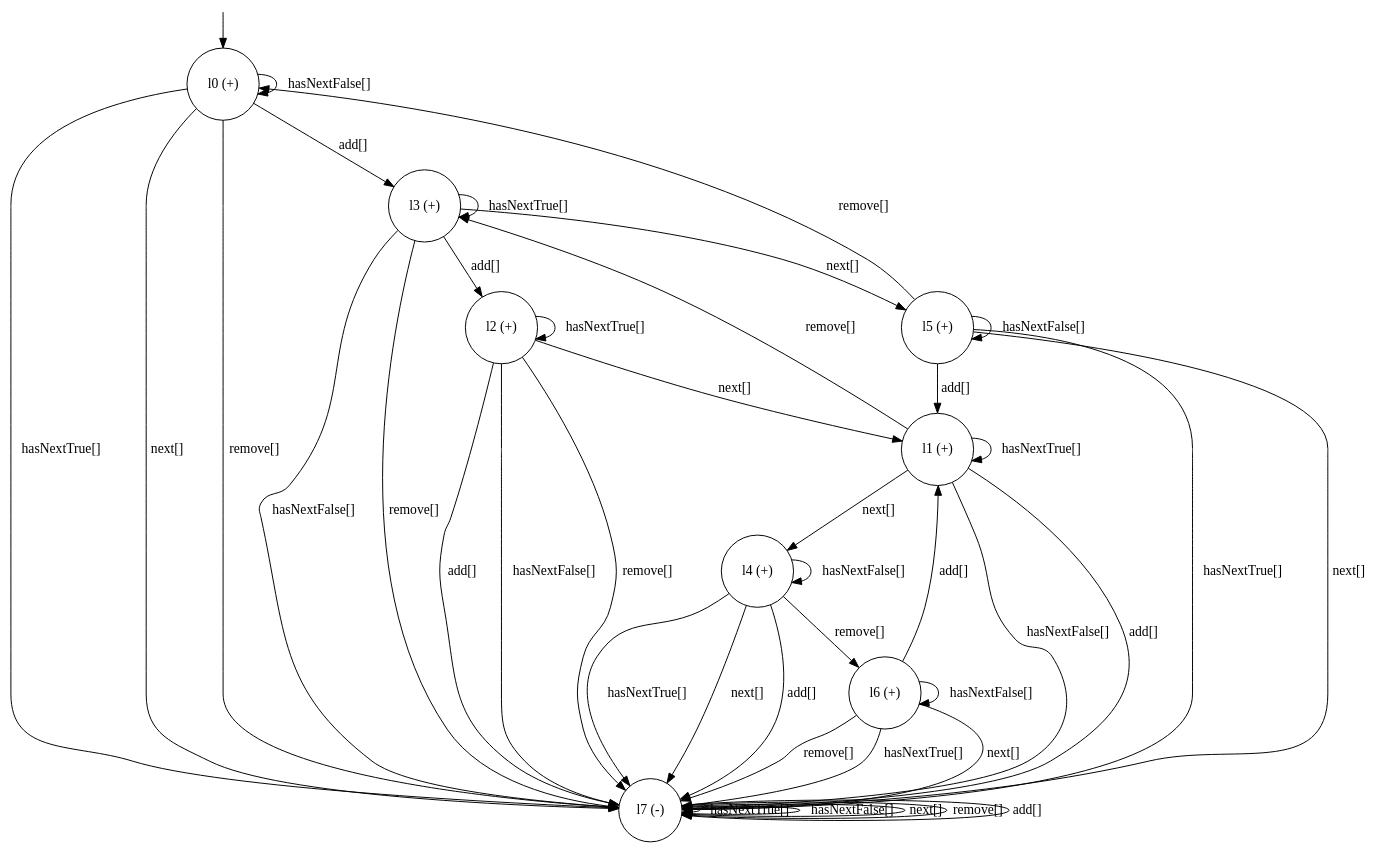
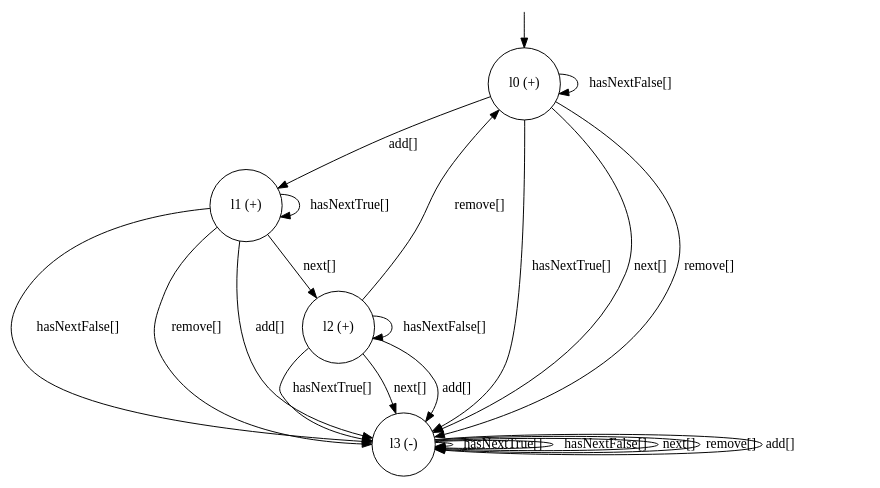
Before and after one commit to rasofema/fyp-specification-miner: the diagram in ralearn.dot, drawn with Graphviz. The commit also changed 8 other files, not shown here.

```diff
--- a/ralearn.dot
+++ b/ralearn.dot
@@ -1,55 +1,31 @@
 digraph g {
 
 	s0 [shape="circle" label="l0 (+)"];
 	s1 [shape="circle" label="l1 (+)"];
 	s2 [shape="circle" label="l2 (+)"];
-	s3 [shape="circle" label="l3 (+)"];
-	s4 [shape="circle" label="l4 (+)"];
-	s5 [shape="circle" label="l5 (+)"];
-	s6 [shape="circle" label="l6 (+)"];
-	s7 [shape="circle" label="l7 (-)"];
-	s0 -> s7 [label="hasNextTrue[]"];
+	s3 [shape="circle" label="l3 (-)"];
+	s0 -> s3 [label="hasNextTrue[]"];
 	s0 -> s0 [label="hasNextFalse[]"];
-	s0 -> s7 [label="next[]"];
-	s0 -> s7 [label="remove[]"];
-	s0 -> s3 [label="add[]"];
+	s0 -> s3 [label="next[]"];
+	s0 -> s3 [label="remove[]"];
+	s0 -> s1 [label="add[]"];
 	s1 -> s1 [label="hasNextTrue[]"];
-	s1 -> s7 [label="hasNextFalse[]"];
-	s1 -> s4 [label="next[]"];
+	s1 -> s3 [label="hasNextFalse[]"];
+	s1 -> s2 [label="next[]"];
 	s1 -> s3 [label="remove[]"];
-	s1 -> s7 [label="add[]"];
-	s2 -> s2 [label="hasNextTrue[]"];
-	s2 -> s7 [label="hasNextFalse[]"];
-	s2 -> s1 [label="next[]"];
-	s2 -> s7 [label="remove[]"];
-	s2 -> s7 [label="add[]"];
+	s1 -> s3 [label="add[]"];
+	s2 -> s3 [label="hasNextTrue[]"];
+	s2 -> s2 [label="hasNextFalse[]"];
+	s2 -> s3 [label="next[]"];
+	s2 -> s0 [label="remove[]"];
+	s2 -> s3 [label="add[]"];
 	s3 -> s3 [label="hasNextTrue[]"];
-	s3 -> s7 [label="hasNextFalse[]"];
-	s3 -> s5 [label="next[]"];
-	s3 -> s7 [label="remove[]"];
-	s3 -> s2 [label="add[]"];
-	s4 -> s7 [label="hasNextTrue[]"];
-	s4 -> s4 [label="hasNextFalse[]"];
-	s4 -> s7 [label="next[]"];
-	s4 -> s6 [label="remove[]"];
-	s4 -> s7 [label="add[]"];
-	s5 -> s7 [label="hasNextTrue[]"];
-	s5 -> s5 [label="hasNextFalse[]"];
-	s5 -> s7 [label="next[]"];
-	s5 -> s0 [label="remove[]"];
-	s5 -> s1 [label="add[]"];
-	s6 -> s7 [label="hasNextTrue[]"];
-	s6 -> s6 [label="hasNextFalse[]"];
-	s6 -> s7 [label="next[]"];
-	s6 -> s7 [label="remove[]"];
-	s6 -> s1 [label="add[]"];
-	s7 -> s7 [label="hasNextTrue[]"];
-	s7 -> s7 [label="hasNextFalse[]"];
-	s7 -> s7 [label="next[]"];
-	s7 -> s7 [label="remove[]"];
-	s7 -> s7 [label="add[]"];
+	s3 -> s3 [label="hasNextFalse[]"];
+	s3 -> s3 [label="next[]"];
+	s3 -> s3 [label="remove[]"];
+	s3 -> s3 [label="add[]"];
 
 __start0 [label="" shape="none" width="0" height="0"];
 __start0 -> s0;
 
 }
```
